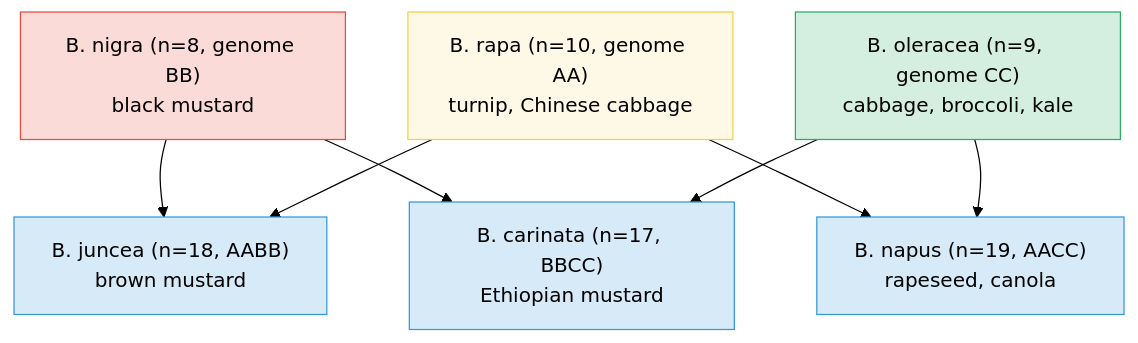
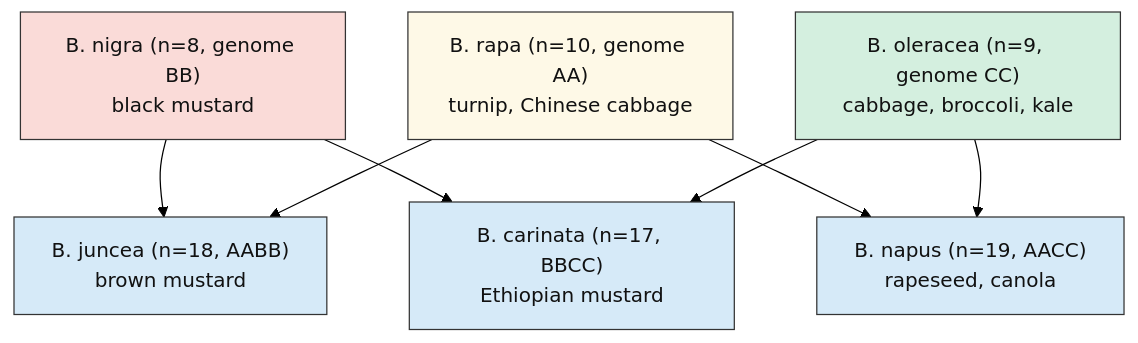
The third of 4 diagrams in docs/manuscript/unit_VI/genetic_drift_and_speciation.md (docxology/biology_textbook), drawn with Mermaid (forest theme) before and after one commit. The commit also changed other lines of this file and 444 other files, not shown here.

````diff
--- a/docs/manuscript/unit_VI/genetic_drift_and_speciation.md
+++ b/docs/manuscript/unit_VI/genetic_drift_and_speciation.md
@@ -553,16 +553,16 @@
 ```mermaid
 flowchart TD
     A["B. nigra (n=8, genome BB)<br/>black mustard"] --> D["B. juncea (n=18, AABB)<br/>brown mustard"]
     B["B. rapa (n=10, genome AA)<br/>turnip, Chinese cabbage"] --> D
     A --> E["B. carinata (n=17, BBCC)<br/>Ethiopian mustard"]
     C["B. oleracea (n=9, genome CC)<br/>cabbage, broccoli, kale"] --> E
     B --> F["B. napus (n=19, AACC)<br/>rapeseed, canola"]
     C --> F
 
-    style A fill:#fadbd8,stroke:#E74C3C
-    style B fill:#fef9e7,stroke:#F4D03F
-    style C fill:#d4efdf,stroke:#27AE60
-    style D fill:#d6eaf8,stroke:#3498DB
-    style E fill:#d6eaf8,stroke:#3498DB
-    style F fill:#d6eaf8,stroke:#3498DB
+    style A fill:#fadbd8,stroke:#333333,color:#111111
+    style B fill:#fef9e7,stroke:#333333,color:#111111
+    style C fill:#d4efdf,stroke:#333333,color:#111111
+    style D fill:#d6eaf8,stroke:#333333,color:#111111
+    style E fill:#d6eaf8,stroke:#333333,color:#111111
+    style F fill:#d6eaf8,stroke:#333333,color:#111111
 ```
````
